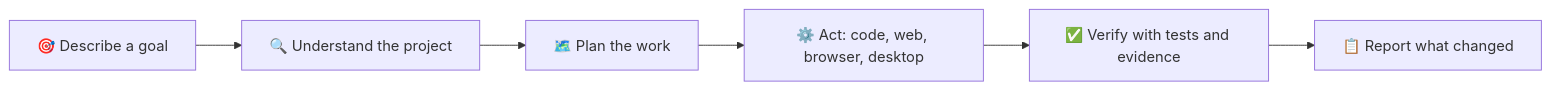
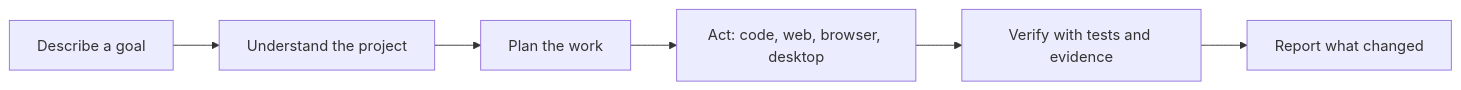
One commit to dragonked2/alphacode changed the first of 4 diagrams in README.md. Above: the diagram before and after it, drawn with Mermaid. The commit also changed other lines of this file and 52 other files, not shown here.

````diff
--- a/README.md
+++ b/README.md
@@ -144,8 +156,8 @@
 ```mermaid
 flowchart LR
-    A["🎯 Describe a goal"] --> B["🔍 Understand the project"]
-    B --> C["🗺️ Plan the work"]
-    C --> D["⚙️ Act: code, web, browser, desktop"]
-    D --> E["✅ Verify with tests and evidence"]
-    E --> F["📋 Report what changed"]
+    A["Describe a goal"] --> B["Understand the project"]
+    B --> C["Plan the work"]
+    C --> D["Act: code, web, browser, desktop"]
+    D --> E["Verify with tests and evidence"]
+    E --> F["Report what changed"]
 ```
````
